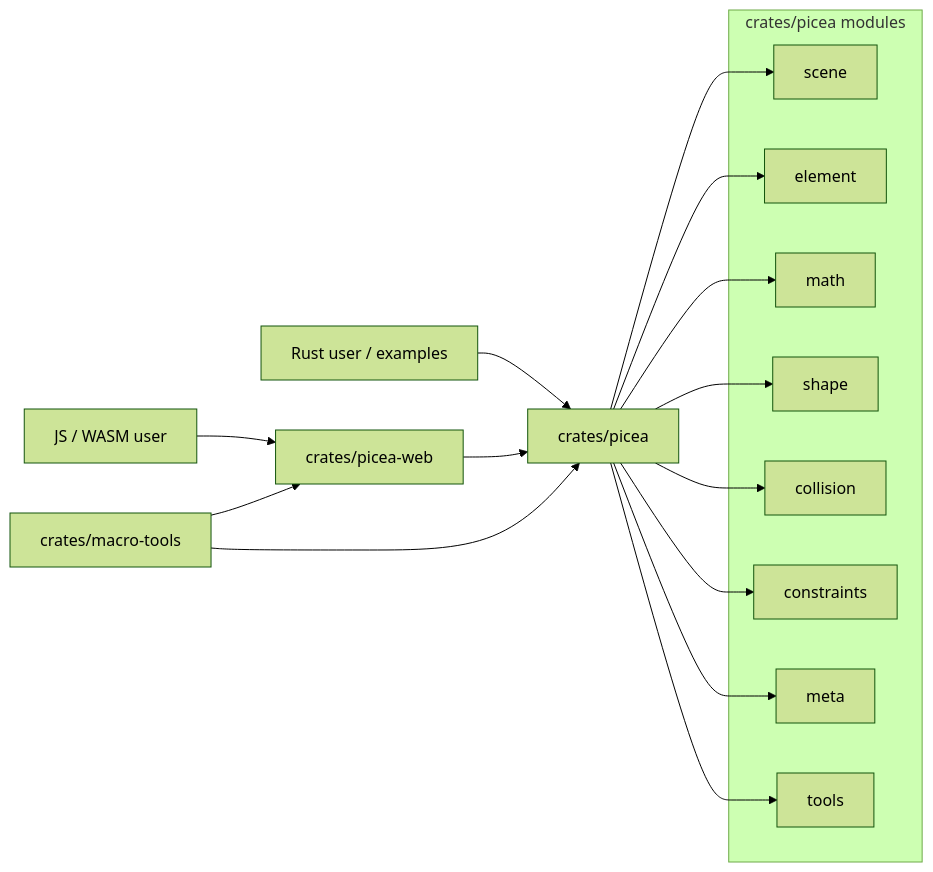
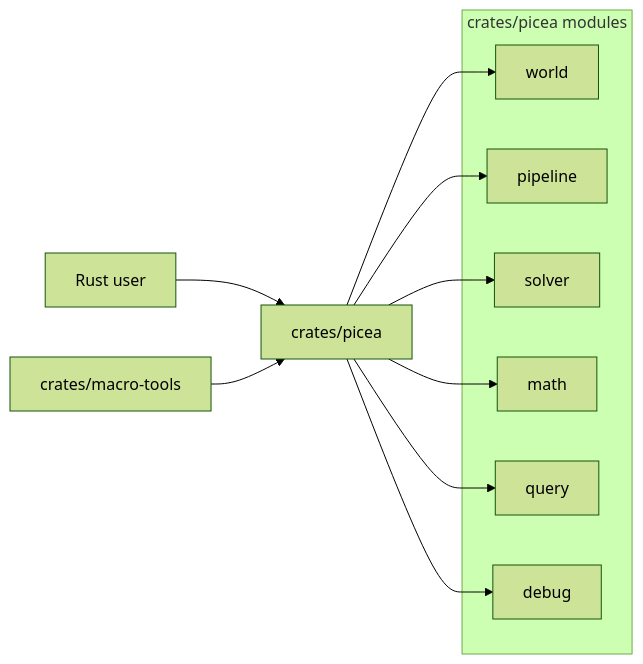
One commit to swnb/picea changed the first of 2 diagrams in docs/architecture/system-overview.md. Above: the diagram before and after it, drawn with Mermaid (forest theme). The commit also changed other lines of this file and 112 other files, not shown here.

````diff
--- a/docs/architecture/system-overview.md
+++ b/docs/architecture/system-overview.md
@@ -7,28 +7,21 @@
 ```mermaid
 flowchart LR
-    RustUser["Rust user / examples"] --> Core["crates/picea"]
-    JsUser["JS / WASM user"] --> Web["crates/picea-web"]
-    Web --> Core
+    RustUser["Rust user"] --> Core["crates/picea"]
     Macro["crates/macro-tools"] --> Core
-    Macro --> Web
 
     subgraph CoreModules["crates/picea modules"]
-        Scene["scene"]
-        Element["element"]
+        World["world"]
+        Pipeline["pipeline"]
+        Solver["solver"]
         Math["math"]
-        Shape["shape"]
-        Collision["collision"]
-        Constraints["constraints"]
-        Meta["meta"]
-        Tools["tools"]
+        Query["query"]
+        Debug["debug"]
     end
 
-    Core --> Scene
-    Core --> Element
+    Core --> World
+    Core --> Pipeline
+    Core --> Solver
     Core --> Math
-    Core --> Shape
-    Core --> Collision
-    Core --> Constraints
-    Core --> Meta
-    Core --> Tools
+    Core --> Query
+    Core --> Debug
 ```
````
